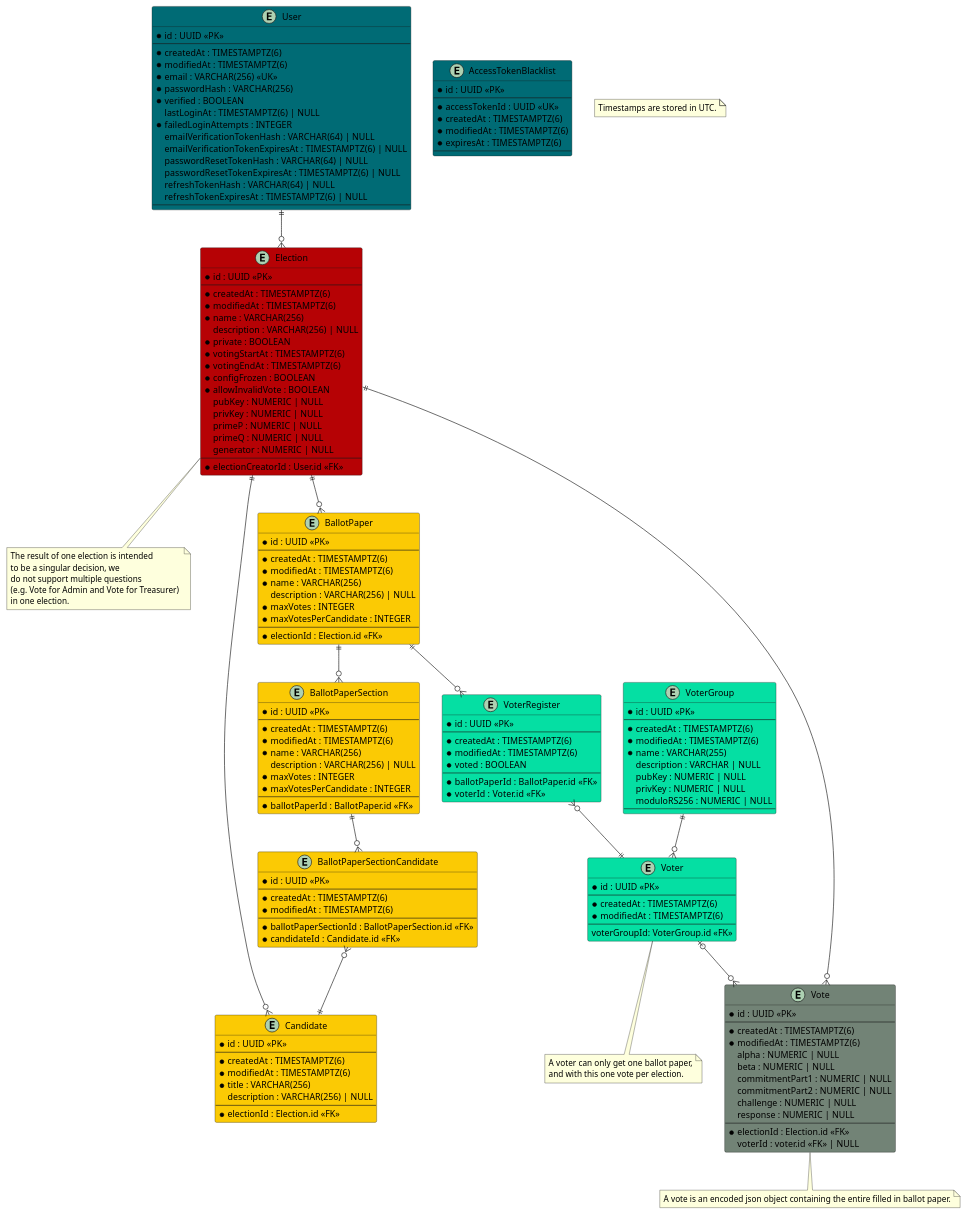
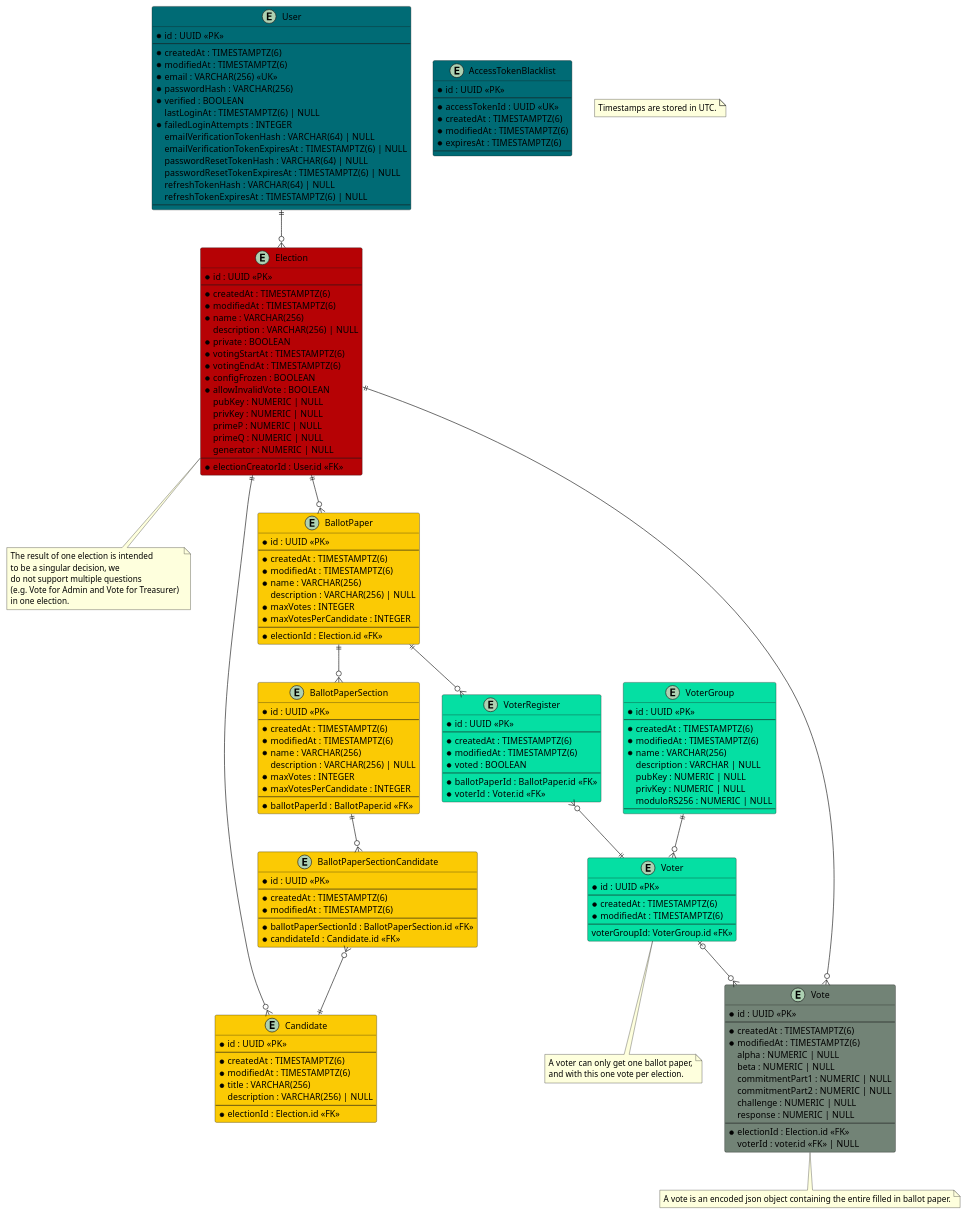
One commit to SE-UUlm/votura changed the diagram in apps/docs/static/uml/dataModel.puml. Above: the diagram before and after it, drawn with PlantUML. The commit also changed 2 other files, not shown here.

```diff
--- a/apps/docs/static/uml/dataModel.puml
+++ b/apps/docs/static/uml/dataModel.puml
@@ -169,7 +169,7 @@
     --
     * createdAt : TIMESTAMPTZ(6)
     * modifiedAt : TIMESTAMPTZ(6)
-    * name : VARCHAR(255)
+    * name : VARCHAR(256)
     description : VARCHAR | NULL
     pubKey : NUMERIC | NULL
     privKey : NUMERIC | NULL
```
